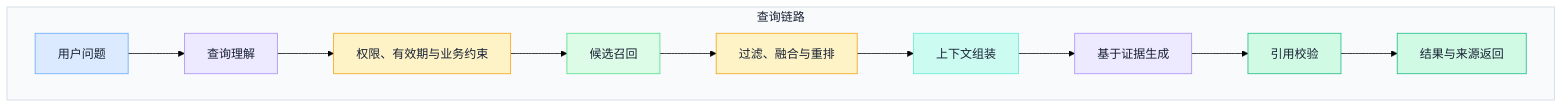
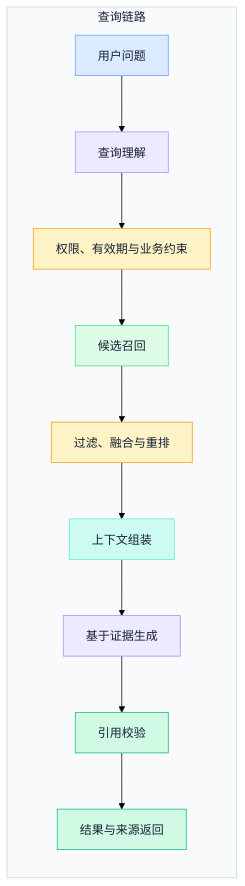
The first of 4 diagrams in backend/app/ai_notes/content/04-ai-engineering/01-rag-retrieval-engineering.md (ink-hz/AI-Agent-Platform), drawn with Mermaid (forest theme) before and after one commit. The commit also changed other lines of this file and 3 other files, not shown here.

Commit message:
content: refine Mermaid diagrams for continuous reading

````diff
--- a/backend/app/ai_notes/content/04-ai-engineering/01-rag-retrieval-engineering.md
+++ b/backend/app/ai_notes/content/04-ai-engineering/01-rag-retrieval-engineering.md
@@ -24,27 +24,30 @@
 ```mermaid
-flowchart TB
+flowchart LR
+    accTitle: RAG 查询链路
+    accDescr: 用户问题经过查询理解、权限约束、候选召回、融合重排、上下文组装、证据生成和引用校验后返回。
+
     subgraph QUERY["查询链路"]
         Q[用户问题] --> U[查询理解]
         U --> P[权限、有效期与业务约束]
         P --> R[候选召回]
         R --> F[过滤、融合与重排]
         F --> C[上下文组装]
         C --> G[基于证据生成]
         G --> V[引用校验]
         V --> A[结果与来源返回]
     end
 
     classDef input fill:#DBEAFE,stroke:#60A5FA,color:#172033;
     classDef model fill:#EDE9FE,stroke:#A78BFA,color:#172033;
     classDef data fill:#CCFBF1,stroke:#5EEAD4,color:#172033;
     classDef policy fill:#FEF3C7,stroke:#F59E0B,color:#172033;
     classDef tool fill:#DCFCE7,stroke:#4ADE80,color:#172033;
     classDef success fill:#D1FAE5,stroke:#10B981,color:#172033;
     class Q input;
     class U,G model;
     class P,F policy;
     class R tool;
     class C data;
     class V,A success;
     style QUERY fill:#F8FAFC,stroke:#CBD5E1,color:#172033;
 ```
````
